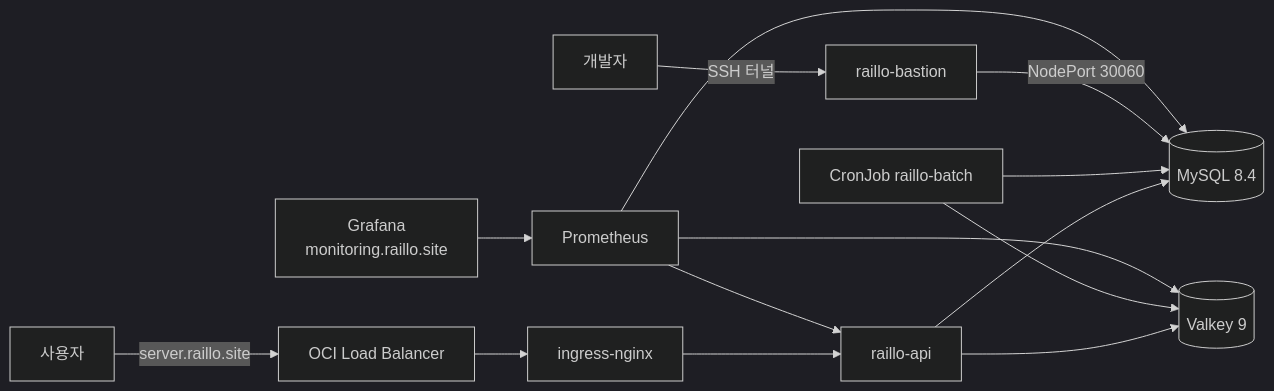
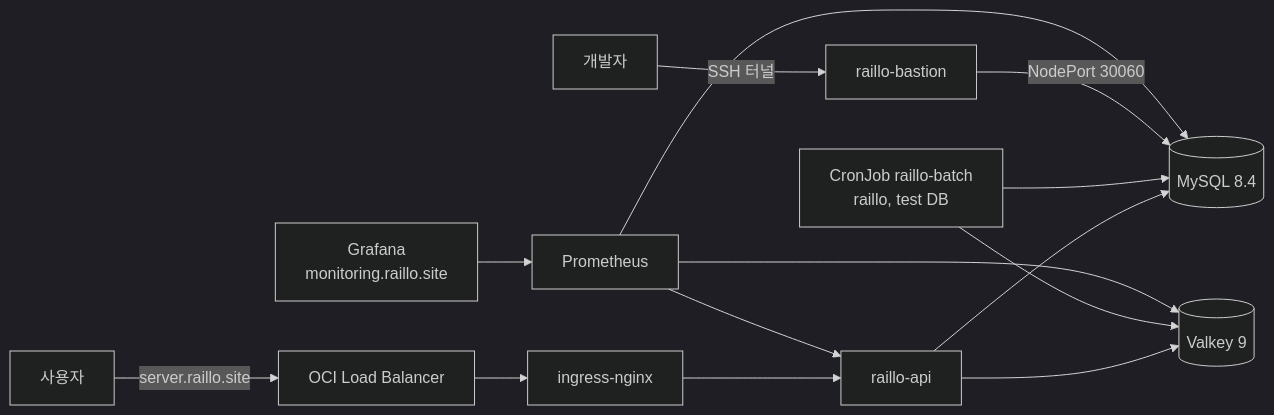
One commit to penggu-dev/raillo-backend changed the diagram in docs/infra/README.md. Above: the diagram before and after it, drawn with Mermaid (dark theme). The commit also changed other lines of this file and 4 other files, not shown here.

Commit message:
feat: test DB에 열차 캐시 없이 운행을 만드는 배치 CronJob 추가 (#322)

````diff
--- a/docs/infra/README.md
+++ b/docs/infra/README.md
@@ -13,15 +13,15 @@
 ```mermaid
 flowchart LR
     user[사용자] -->|server.raillo.site| lb[OCI Load Balancer]
     lb --> ingress[ingress-nginx]
     ingress --> api[raillo-api]
     api --> mysql[(MySQL 8.4)]
     api --> valkey[(Valkey 9)]
-    cron[CronJob raillo-batch] --> mysql
+    cron[CronJob raillo-batch<br/>raillo, test DB] --> mysql
     cron --> valkey
     dev[개발자] -->|SSH 터널| bastion[raillo-bastion] -->|NodePort 30060| mysql
     prom[Prometheus] --> api
     prom --> mysql
     prom --> valkey
     grafana[Grafana<br/>monitoring.raillo.site] --> prom
 ```
````
